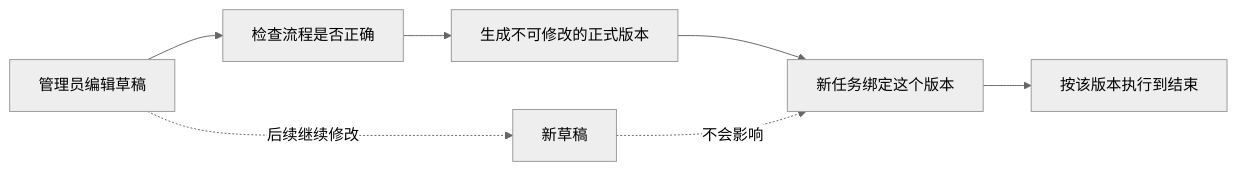
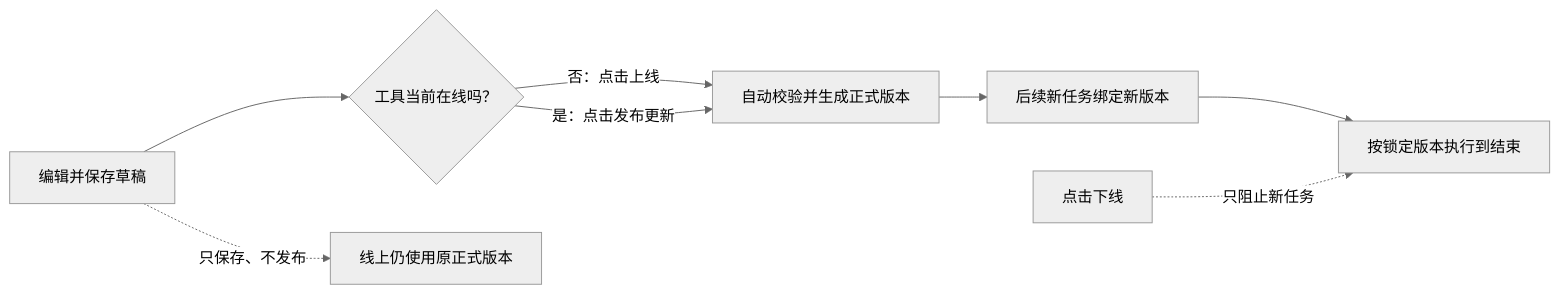
The third of 11 diagrams in docs/superpowers/specs/2026-07-13-workflow-tools-p0-v2-design.md (LancyPluto/update_aiworkspace), drawn with Mermaid (neutral theme) before and after one commit. The commit also changed other lines of this file and 23 other files, not shown here.

Commit message:
fix:修复工具专用配置和通用图片配置同名冲突问题

````diff
--- a/docs/superpowers/specs/2026-07-13-workflow-tools-p0-v2-design.md
+++ b/docs/superpowers/specs/2026-07-13-workflow-tools-p0-v2-design.md
@@ -183,10 +191,10 @@
 ```mermaid
 flowchart LR
-  A["管理员编辑草稿"] --> B["检查流程是否正确"]
-  B --> C["生成不可修改的正式版本"]
-  C --> D["新任务绑定这个版本"]
-  D --> E["按该版本执行到结束"]
-
-  A -. "后续继续修改" .-> G["新草稿"]
-  G -. "不会影响" .-> D
+  A["编辑并保存草稿"] --> B{"工具当前在线吗？"}
+  B -- "否：点击上线" --> C["自动校验并生成正式版本"]
+  B -- "是：点击发布更新" --> C
+  C --> D["后续新任务绑定新版本"]
+  D --> E["按锁定版本执行到结束"]
+  A -. "只保存、不发布" .-> F["线上仍使用原正式版本"]
+  G["点击下线"] -. "只阻止新任务" .-> E
 ```
````
